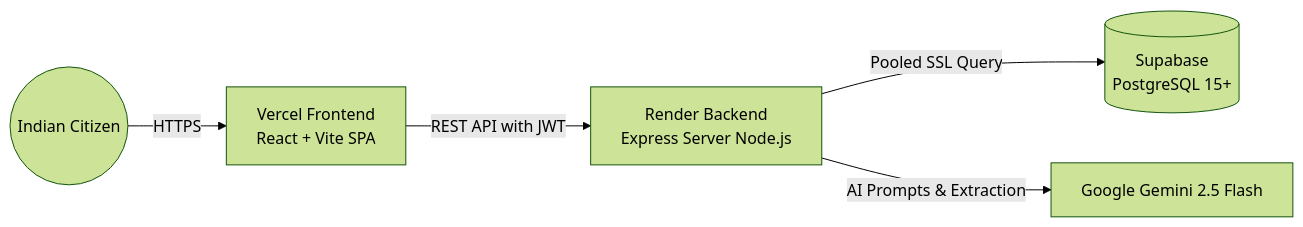
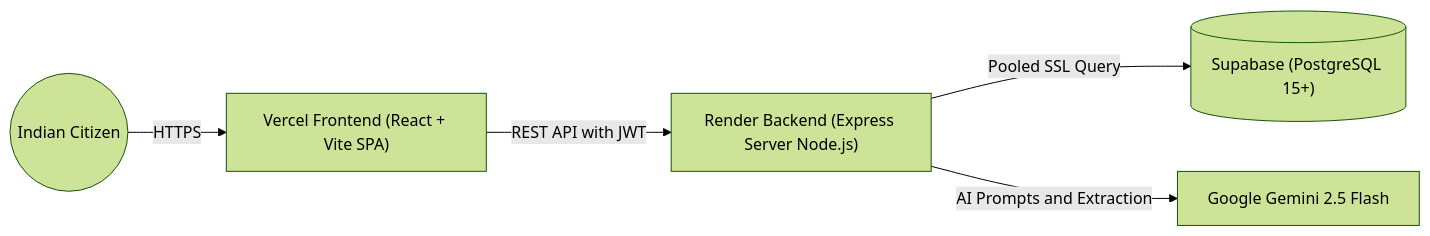
One commit to lakkireddysanjeevareddy8-ux/Policy-Pal changed the diagram in DEPLOYMENT.md. Above: the diagram before and after it, drawn with Mermaid (forest theme). The commit also changed 3 other files, not shown here.

Commit message:
docs: fix Mermaid diagrams, update language and catalog claims, add live demo links

````diff
--- a/DEPLOYMENT.md
+++ b/DEPLOYMENT.md
@@ -11,7 +11,7 @@
 ```mermaid
 flowchart LR
-    Citizen((Indian Citizen)) -->|HTTPS| Vercel[Vercel Frontend\nReact + Vite SPA]
-    Vercel -->|REST API with JWT| Render[Render Backend\nExpress Server Node.js]
-    Render -->|Pooled SSL Query| Supabase[(Supabase\nPostgreSQL 15+)]
-    Render -->|AI Prompts & Extraction| Gemini[Google Gemini 2.5 Flash]
+    Citizen(("Indian Citizen")) -->|"HTTPS"| Vercel["Vercel Frontend (React + Vite SPA)"]
+    Vercel -->|"REST API with JWT"| Render["Render Backend (Express Server Node.js)"]
+    Render -->|"Pooled SSL Query"| Supabase[("Supabase (PostgreSQL 15+)")]
+    Render -->|"AI Prompts and Extraction"| Gemini["Google Gemini 2.5 Flash"]
 ```
````
